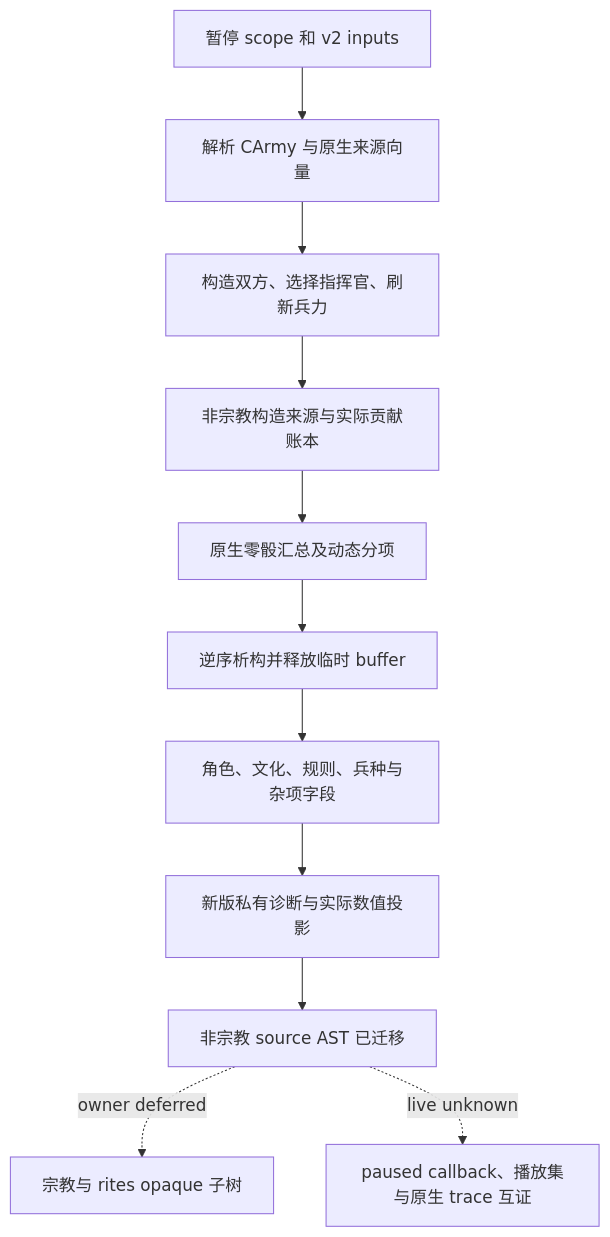
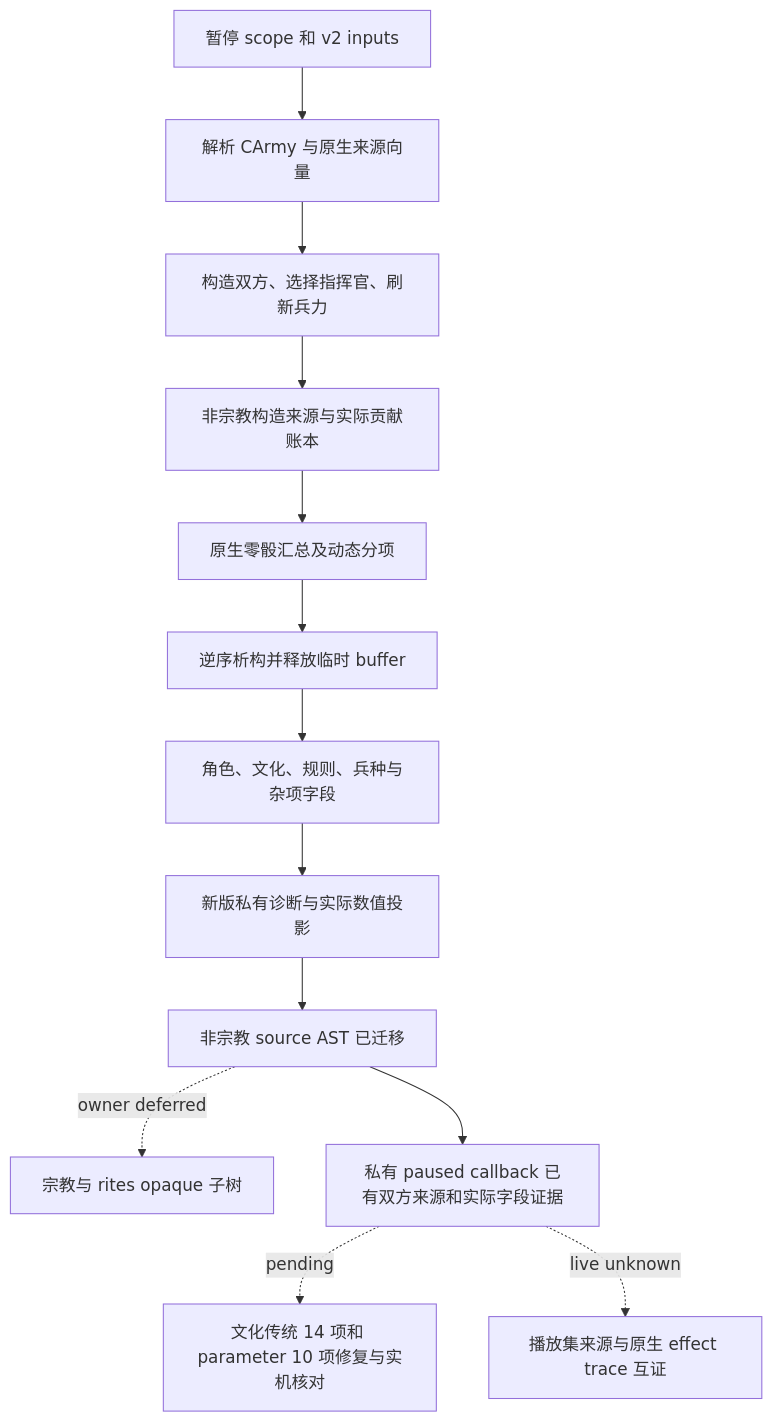
One commit to XenoAmess/ck3_eternal_recurrence changed the diagram in docs/ck3-native-ai/ck3-1.20.0.2-phase-migration.md. Above: the diagram before and after it, drawn with Mermaid. The commit also changed other lines of this file and 59 other files, not shown here.

````diff
--- a/docs/ck3-native-ai/ck3-1.20.0.2-phase-migration.md
+++ b/docs/ck3-native-ai/ck3-1.20.0.2-phase-migration.md
@@ -24,13 +24,15 @@
 ```mermaid
 flowchart TD
   S[暂停 scope 和 v2 inputs] --> A[解析 CArmy 与原生来源向量]
   A --> K[构造双方、选择指挥官、刷新兵力]
   K --> L[非宗教构造来源与实际贡献账本]
   L --> D[原生零骰汇总及动态分项]
   D --> R[逆序析构并释放临时 buffer]
   R --> F[角色、文化、规则、兵种与杂项字段]
   F --> P[新版私有诊断与实际数值投影]
   P --> T[非宗教 source AST 已迁移]
   T -. owner deferred .-> U[宗教与 rites opaque 子树]
-  T -. live unknown .-> V[paused callback、播放集与原生 trace 互证]
+  T --> V[私有 paused callback 已有双方来源和实际字段证据]
+  V -. pending .-> C[文化传统 14 项和 parameter 10 项修复与实机核对]
+  V -. live unknown .-> E[播放集来源与原生 effect trace 互证]
 ```
````
